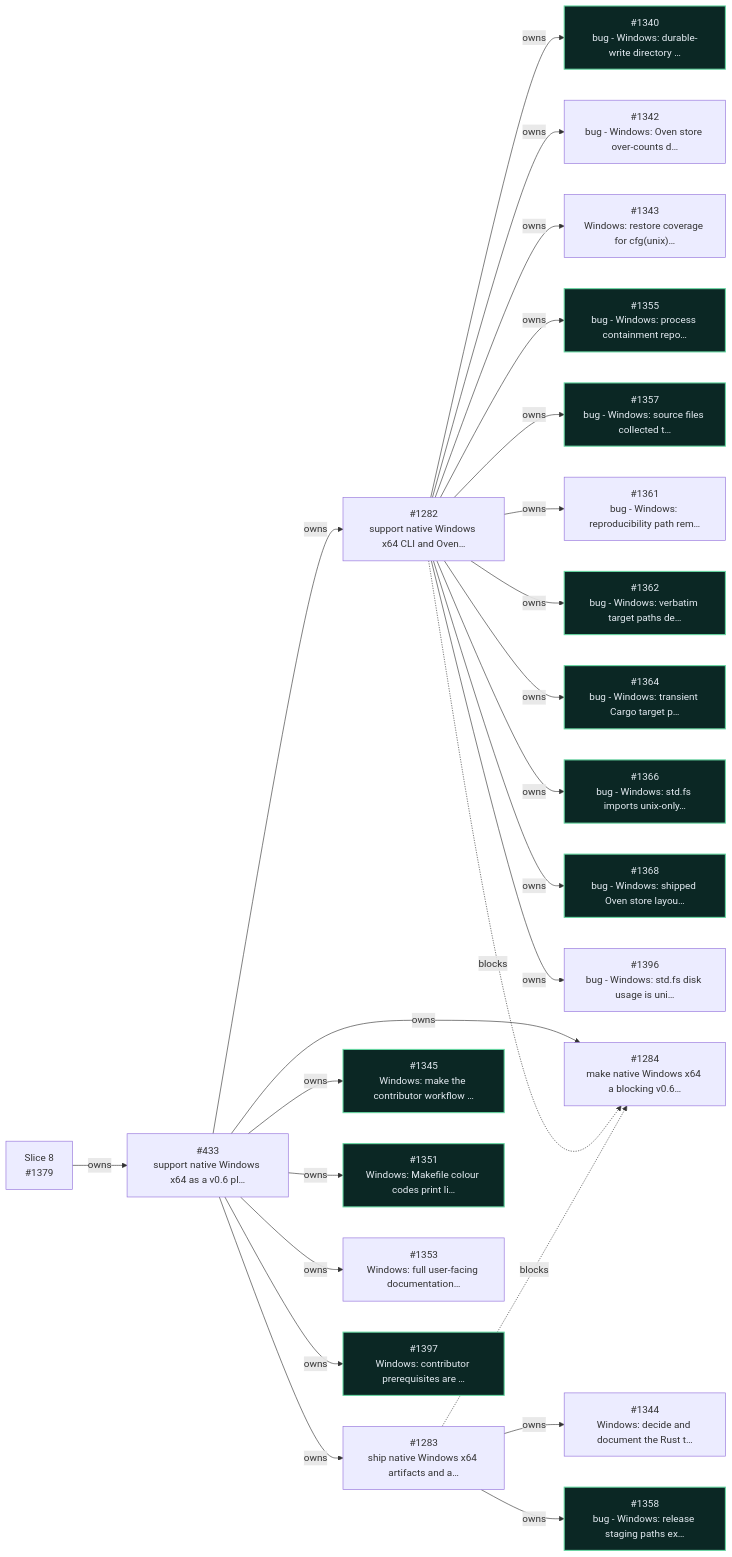
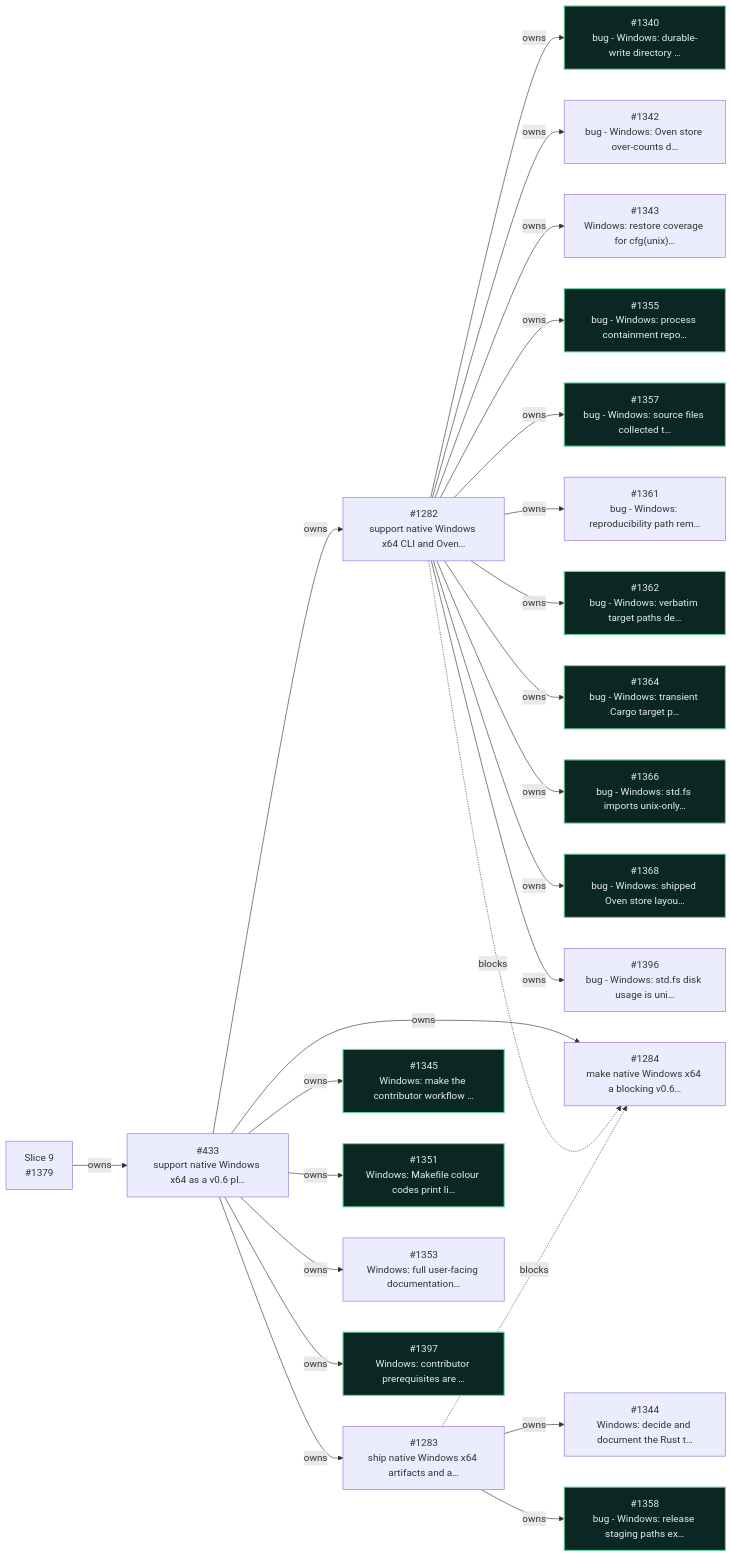
Before and after one commit to encero-systems/incan: the ninth of 11 diagrams in workspaces/docs-site/docs/_snippets/project/v0_6_roadmap.md, drawn with Mermaid. The commit also changed other lines of this file and 2 other files, not shown here.

First line of the commit message:
chore - carve v0.6 Slice 5 out of Slice 4 and renumber 5-10 to 6-11 (#1141, #1561)

````diff
--- a/workspaces/docs-site/docs/_snippets/project/v0_6_roadmap.md
+++ b/workspaces/docs-site/docs/_snippets/project/v0_6_roadmap.md
@@ -668,72 +687,72 @@
 ```mermaid
 flowchart LR
   i433["#433<br/>support native Windows x64 as a v0.6 pl…"]
   i1282["#1282<br/>support native Windows x64 CLI and Oven…"]
   i1283["#1283<br/>ship native Windows x64 artifacts and a…"]
   i1284["#1284<br/>make native Windows x64 a blocking v0.6…"]
   i1340["#1340<br/>bug - Windows: durable-write directory …"]
   i1342["#1342<br/>bug - Windows: Oven store over-counts d…"]
   i1343["#1343<br/>Windows: restore coverage for cfg(unix)…"]
   i1344["#1344<br/>Windows: decide and document the Rust t…"]
   i1345["#1345<br/>Windows: make the contributor workflow …"]
   i1351["#1351<br/>Windows: Makefile colour codes print li…"]
   i1353["#1353<br/>Windows: full user-facing documentation…"]
   i1355["#1355<br/>bug - Windows: process containment repo…"]
   i1357["#1357<br/>bug - Windows: source files collected t…"]
   i1358["#1358<br/>bug - Windows: release staging paths ex…"]
   i1361["#1361<br/>bug - Windows: reproducibility path rem…"]
   i1362["#1362<br/>bug - Windows: verbatim target paths de…"]
   i1364["#1364<br/>bug - Windows: transient Cargo target p…"]
   i1366["#1366<br/>bug - Windows: std.fs imports unix-only…"]
   i1368["#1368<br/>bug - Windows: shipped Oven store layou…"]
-  s1379["Slice 8<br/>#1379"]
+  s1379["Slice 9<br/>#1379"]
   i1396["#1396<br/>bug - Windows: std.fs disk usage is uni…"]
   i1397["#1397<br/>Windows: contributor prerequisites are …"]
   s1379 -- owns --> i433
   i433 -- owns --> i1282
   i433 -- owns --> i1283
   i433 -- owns --> i1284
   i1282 -- owns --> i1340
   i1282 -- owns --> i1342
   i1282 -- owns --> i1343
   i1283 -- owns --> i1344
   i433 -- owns --> i1345
   i433 -- owns --> i1351
   i433 -- owns --> i1353
   i1282 -- owns --> i1355
   i1282 -- owns --> i1357
   i1283 -- owns --> i1358
   i1282 -- owns --> i1361
   i1282 -- owns --> i1362
   i1282 -- owns --> i1364
   i1282 -- owns --> i1366
   i1282 -- owns --> i1368
   i1282 -- owns --> i1396
   i433 -- owns --> i1397
   i1282 -. blocks .-> i1284
   i1283 -. blocks .-> i1284
   classDef incv06complete fill:#0b2724,stroke:#66d9a3,color:#e4ebf2,stroke-width:1.7px
   class i1340,i1345,i1351,i1355,i1357,i1358,i1362,i1364,i1366,i1368,i1397 incv06complete
   click i433 href "https://github.com/encero-systems/incan/issues/433" "Open #433 on GitHub"
   click i1282 href "https://github.com/encero-systems/incan/issues/1282" "Open #1282 on GitHub"
   click i1283 href "https://github.com/encero-systems/incan/issues/1283" "Open #1283 on GitHub"
   click i1284 href "https://github.com/encero-systems/incan/issues/1284" "Open #1284 on GitHub"
   click i1340 href "https://github.com/encero-systems/incan/issues/1340" "Open #1340 on GitHub"
   click i1342 href "https://github.com/encero-systems/incan/issues/1342" "Open #1342 on GitHub"
   click i1343 href "https://github.com/encero-systems/incan/issues/1343" "Open #1343 on GitHub"
   click i1344 href "https://github.com/encero-systems/incan/issues/1344" "Open #1344 on GitHub"
   click i1345 href "https://github.com/encero-systems/incan/issues/1345" "Open #1345 on GitHub"
   click i1351 href "https://github.com/encero-systems/incan/issues/1351" "Open #1351 on GitHub"
   click i1353 href "https://github.com/encero-systems/incan/issues/1353" "Open #1353 on GitHub"
   click i1355 href "https://github.com/encero-systems/incan/issues/1355" "Open #1355 on GitHub"
   click i1357 href "https://github.com/encero-systems/incan/issues/1357" "Open #1357 on GitHub"
   click i1358 href "https://github.com/encero-systems/incan/issues/1358" "Open #1358 on GitHub"
   click i1361 href "https://github.com/encero-systems/incan/issues/1361" "Open #1361 on GitHub"
   click i1362 href "https://github.com/encero-systems/incan/issues/1362" "Open #1362 on GitHub"
   click i1364 href "https://github.com/encero-systems/incan/issues/1364" "Open #1364 on GitHub"
   click i1366 href "https://github.com/encero-systems/incan/issues/1366" "Open #1366 on GitHub"
   click i1368 href "https://github.com/encero-systems/incan/issues/1368" "Open #1368 on GitHub"
   click s1379 href "https://github.com/encero-systems/incan/issues/1379" "Open #1379 on GitHub"
   click i1396 href "https://github.com/encero-systems/incan/issues/1396" "Open #1396 on GitHub"
   click i1397 href "https://github.com/encero-systems/incan/issues/1397" "Open #1397 on GitHub"
 ```
````
